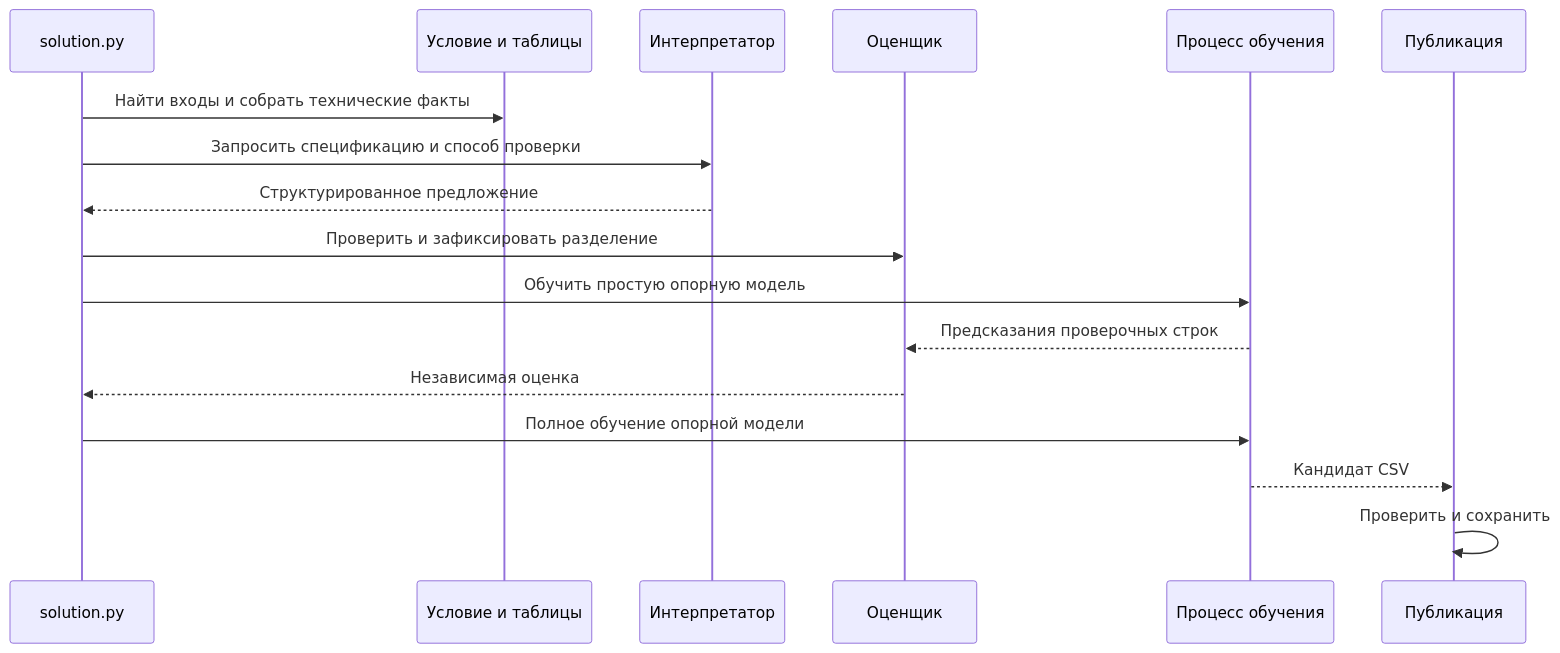
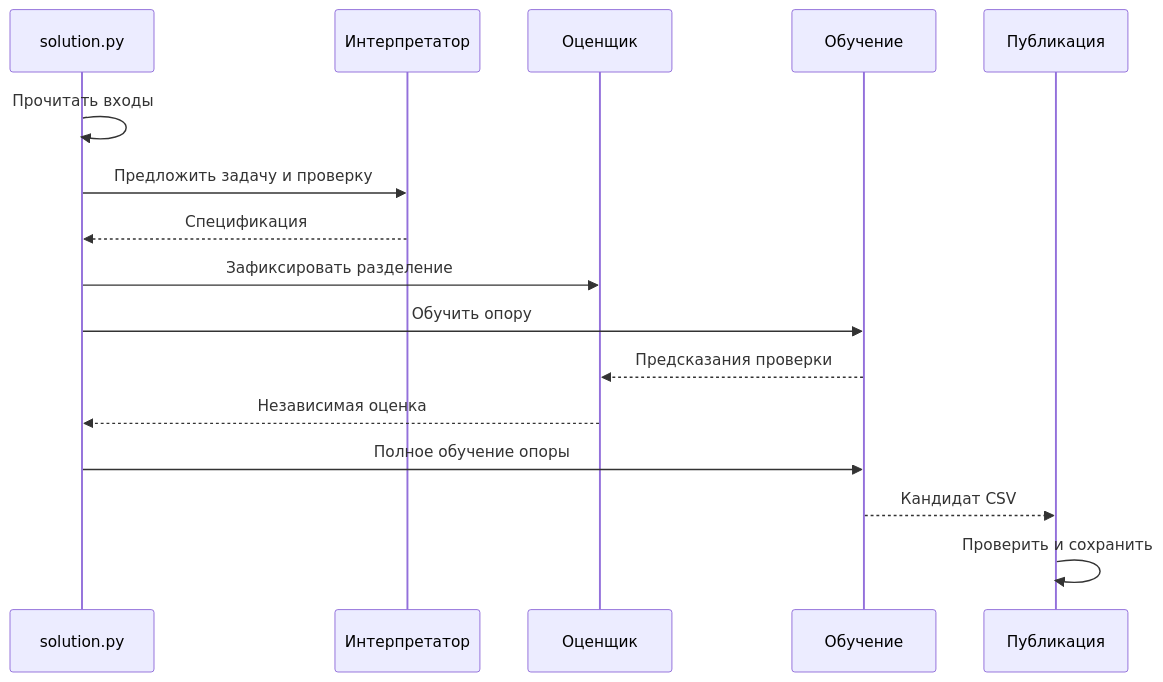
The third of 14 diagrams in docs/PROJECT_GUIDE.md (ExpertDaniil/stepan), drawn with Mermaid before and after one commit. The commit also changed other lines of this file and 3 other files, not shown here.

Commit message:
docs: record verified release and improve project diagrams

````diff
--- a/docs/PROJECT_GUIDE.md
+++ b/docs/PROJECT_GUIDE.md
@@ -118,19 +120,18 @@
 ```mermaid
 sequenceDiagram
     participant CLI as solution.py
-    participant T as Условие и таблицы
     participant I as Интерпретатор
     participant E as Оценщик
-    participant W as Процесс обучения
+    participant W as Обучение
     participant P as Публикация
-    CLI->>T: Найти входы и собрать технические факты
-    CLI->>I: Запросить спецификацию и способ проверки
-    I-->>CLI: Структурированное предложение
-    CLI->>E: Проверить и зафиксировать разделение
-    CLI->>W: Обучить простую опорную модель
-    W-->>E: Предсказания проверочных строк
+    CLI->>CLI: Прочитать входы
+    CLI->>I: Предложить задачу и проверку
+    I-->>CLI: Спецификация
+    CLI->>E: Зафиксировать разделение
+    CLI->>W: Обучить опору
+    W-->>E: Предсказания проверки
     E-->>CLI: Независимая оценка
-    CLI->>W: Полное обучение опорной модели
+    CLI->>W: Полное обучение опоры
     W-->>P: Кандидат CSV
     P->>P: Проверить и сохранить
 ```
````
